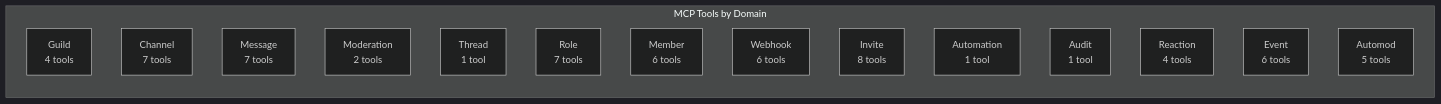
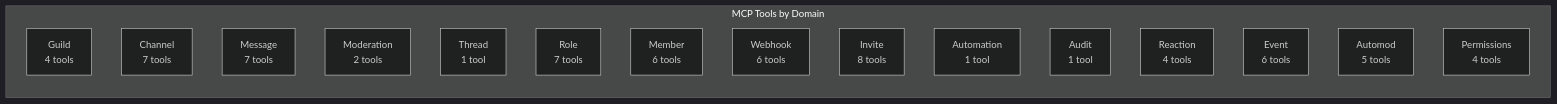
The third of 5 diagrams in README.md (Rastrian/DiscordMCP), drawn with Mermaid (dark theme) before and after one commit. The commit also changed other lines of this file and 16 other files, not shown here.

First line of the commit message:
feat(permissions): add computed-permission query tools from spec sync (#39)

````diff
--- a/README.md
+++ b/README.md
@@ -65,19 +65,20 @@
 ```mermaid
 graph LR
     subgraph "MCP Tools by Domain"
         G["Guild<br/>4 tools"]
         CH["Channel<br/>7 tools"]
         MSG["Message<br/>7 tools"]
         MOD["Moderation<br/>2 tools"]
         THR["Thread<br/>1 tool"]
         ROLE["Role<br/>7 tools"]
         MEM["Member<br/>6 tools"]
         WH["Webhook<br/>6 tools"]
         INV["Invite<br/>8 tools"]
         AUTO["Automation<br/>1 tool"]
         AUD["Audit<br/>1 tool"]
         REA["Reaction<br/>4 tools"]
         EVT["Event<br/>6 tools"]
         AMOD["Automod<br/>5 tools"]
+        PERM["Permissions<br/>4 tools"]
     end
 ```
````
